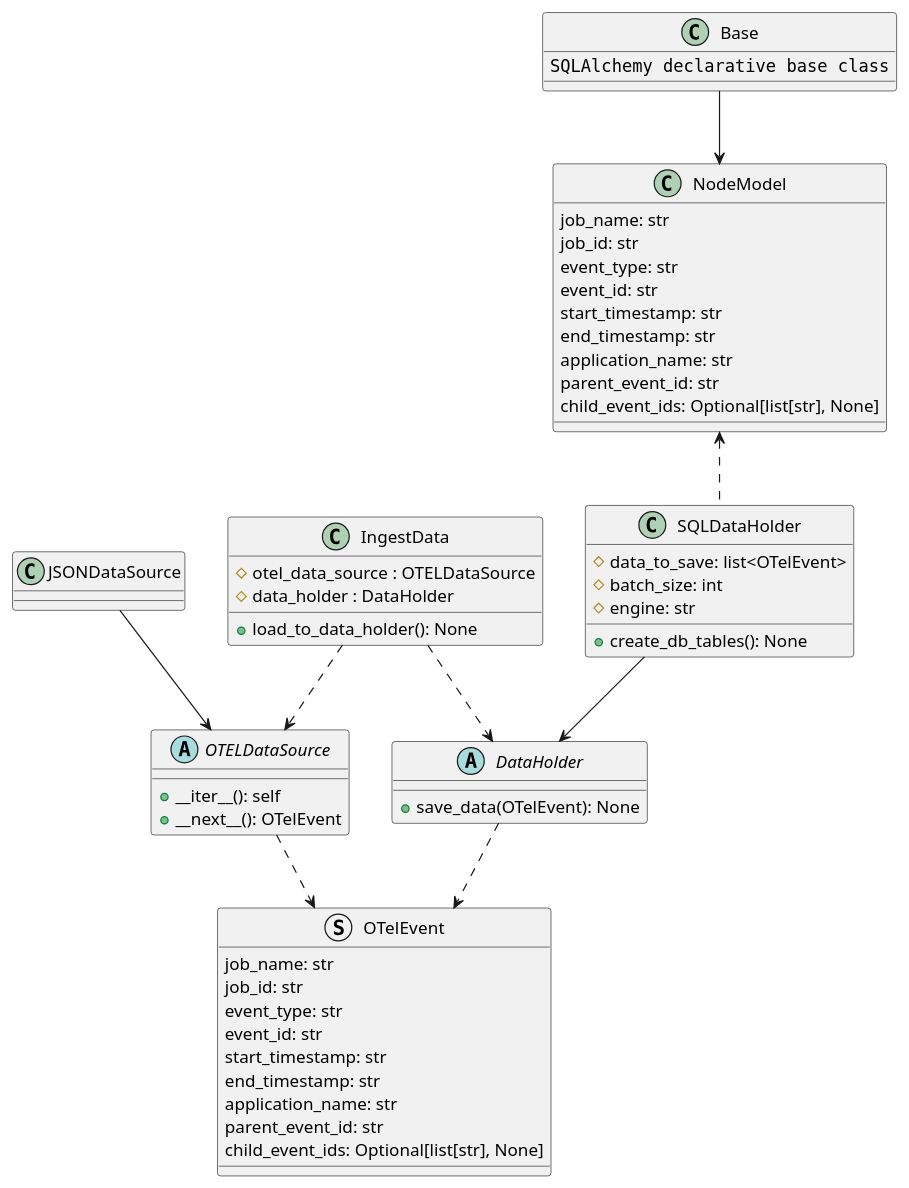
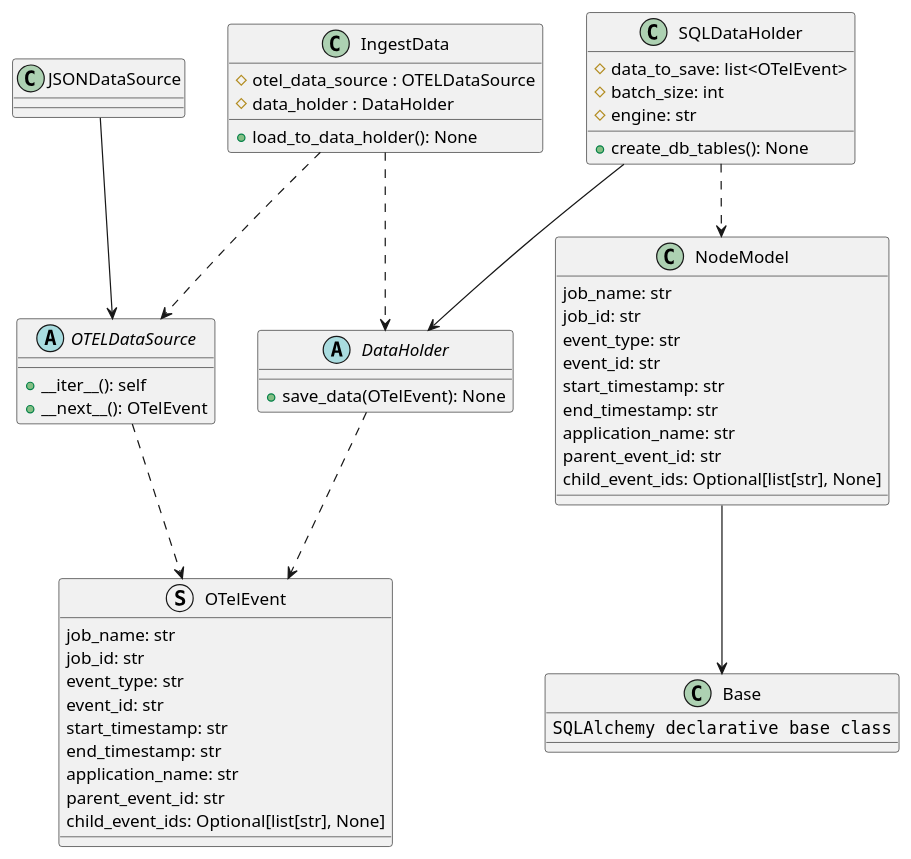
One commit to xtuml/otel2puml changed the diagram in docs/development/design/3-DN-Retrieving_unique_graphs_from_Otel_data/class_diagrams.puml. Above: the diagram before and after it, drawn with PlantUML.

Commit message:
correct arrow direction from nodemodel to base

```diff
--- a/docs/development/design/3-DN-Retrieving_unique_graphs_from_Otel_data/class_diagrams.puml
+++ b/docs/development/design/3-DN-Retrieving_unique_graphs_from_Otel_data/class_diagrams.puml
@@ -1,65 +1,65 @@
 @startuml
 
 struct OTelEvent {
     job_name: str
     job_id: str
     event_type: str
     event_id: str
     start_timestamp: str
     end_timestamp: str
     application_name: str
     parent_event_id: str
     child_event_ids: Optional[list[str], None]
 }
 
 abstract class OTELDataSource {
     +__iter__(): self
     +__next__(): OTelEvent
 }
 
 class JSONDataSource
 
 class SQLDataHolder {
     #data_to_save: list<OTelEvent>
     #batch_size: int
     #engine: str
     +create_db_tables(): None
 }
 
 class NodeModel {
     job_name: str
     job_id: str
     event_type: str
     event_id: str
     start_timestamp: str
     end_timestamp: str
     application_name: str
     parent_event_id: str
     child_event_ids: Optional[list[str], None]
 }
 
 class Base {
     ""SQLAlchemy declarative base class""
 }
 
 abstract class DataHolder {
     +save_data(OTelEvent): None
 }
 
 class IngestData {
     #otel_data_source : OTELDataSource
     #data_holder : DataHolder
     +load_to_data_holder(): None
 }
 
 IngestData ..> OTELDataSource
 IngestData ..> DataHolder
 OTELDataSource ..> OTelEvent
 JSONDataSource --> OTELDataSource
 SQLDataHolder --> DataHolder
-NodeModel <.. SQLDataHolder
-Base --> NodeModel
+SQLDataHolder ..> NodeModel
+NodeModel --> Base
 DataHolder ..> OTelEvent
 
 
 @enduml
```
